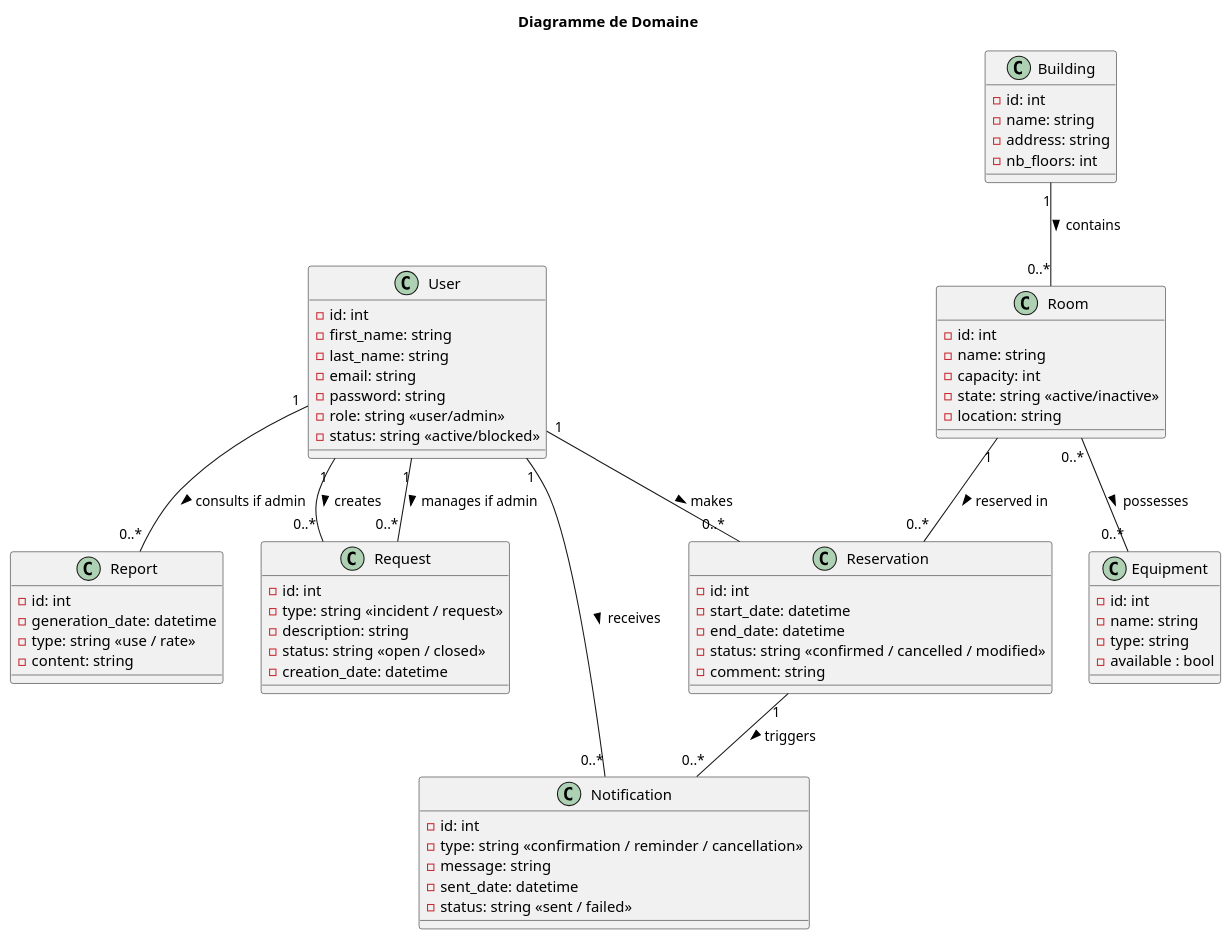
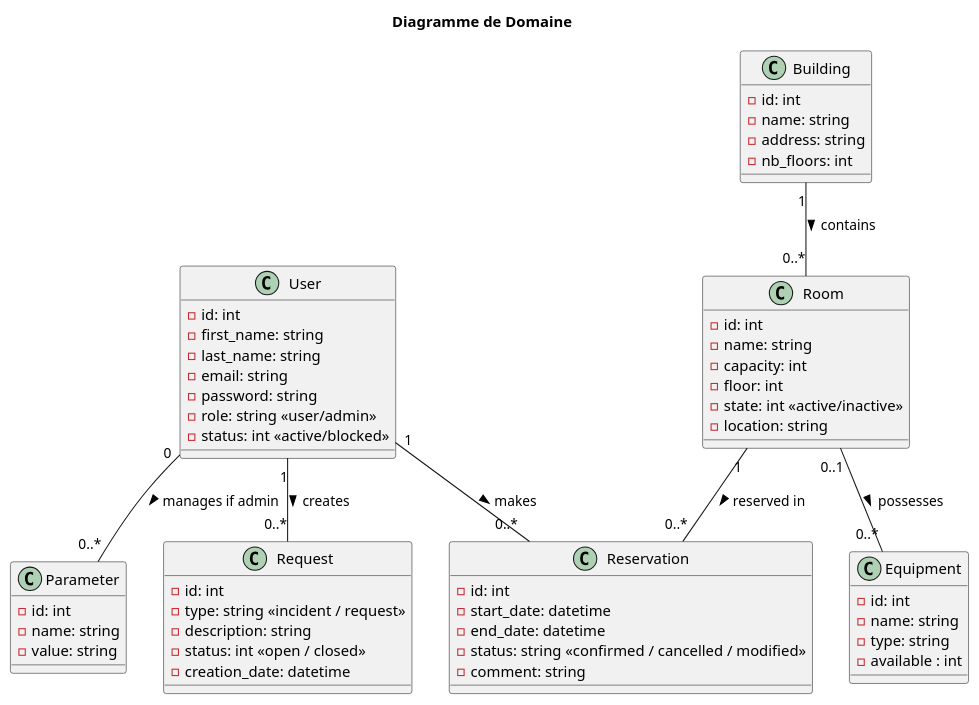
Before and after one commit to bastos-rcd/SmartRoom: the diagram in architecture/logical-view/domain.puml, drawn with PlantUML. The commit also changed 4 other files, not shown here.

Commit message:
fix(architecture): update diagram

```diff
--- a/architecture/logical-view/domain.puml
+++ b/architecture/logical-view/domain.puml
@@ -1,104 +1,89 @@
 @startuml domain_diagram
 
 title Diagramme de Domaine
 
 ' =====================
 ' Acteur
 ' =====================
 class User {
   - id: int
   - first_name: string
   - last_name: string
   - email: string
   - password: string
   - role: string <<user/admin>>
-  - status: string <<active/blocked>>
+  - status: int <<active/blocked>>
 }
 
 ' =====================
 ' Gestion des bâtiments et salles
 ' =====================
 class Building {
   - id: int
   - name: string
   - address: string
   - nb_floors: int
 }
 
 class Room {
   - id: int
   - name: string
   - capacity: int
-  - state: string <<active/inactive>>
+  - floor: int
+  - state: int <<active/inactive>>
   - location: string
 }
 
 Building "1" -- "0..*" Room : contains >
 
 ' =====================
 ' Équipements
 ' =====================
 class Equipment {
   - id: int
   - name: string
   - type: string
-  - available : bool
+  - available : int
 }
 
-Room "0..*" -- "0..*" Equipment : possesses >
+Room "0..1" -- "0..*" Equipment : possesses >
 
 ' =====================
 ' Réservations
 ' =====================
 class Reservation {
   - id: int
   - start_date: datetime
   - end_date: datetime
   - status: string <<confirmed / cancelled / modified>>
   - comment: string
 }
 
 User "1" -- "0..*" Reservation : makes >
 Room "1" -- "0..*" Reservation : reserved in >
 
 ' =====================
-' Notifications
-' =====================
-class Notification {
-  - id: int
-  - type: string <<confirmation / reminder / cancellation>>
-  - message: string
-  - sent_date: datetime
-  - status: string <<sent / failed>>
-}
-
-Reservation "1" -- "0..*" Notification : triggers >
-User "1" -- "0..*" Notification : receives >
-
-' =====================
-' Rapports
-' =====================
-class Report {
-  - id: int
-  - generation_date: datetime
-  - type: string <<use / rate>>
-  - content: string
-}
-
-User "1" -- "0..*" Report : consults if admin >
-
-' =====================
 ' Tickets de support
 ' =====================
 class Request {
   - id: int
   - type: string <<incident / request>>
   - description: string
-  - status: string <<open / closed>>
+  - status: int <<open / closed>>
   - creation_date: datetime
 }
 
 User "1" -- "0..*" Request : creates >
-User "1" -- "0..*" Request : manages if admin >
+
+' =====================
+' Paramètres
+' =====================
+class Parameter {
+  - id: int
+  - name: string
+  - value: string
+}
+
+User "0" -- "0..*" Parameter : manages if admin >
 
 @enduml
```
